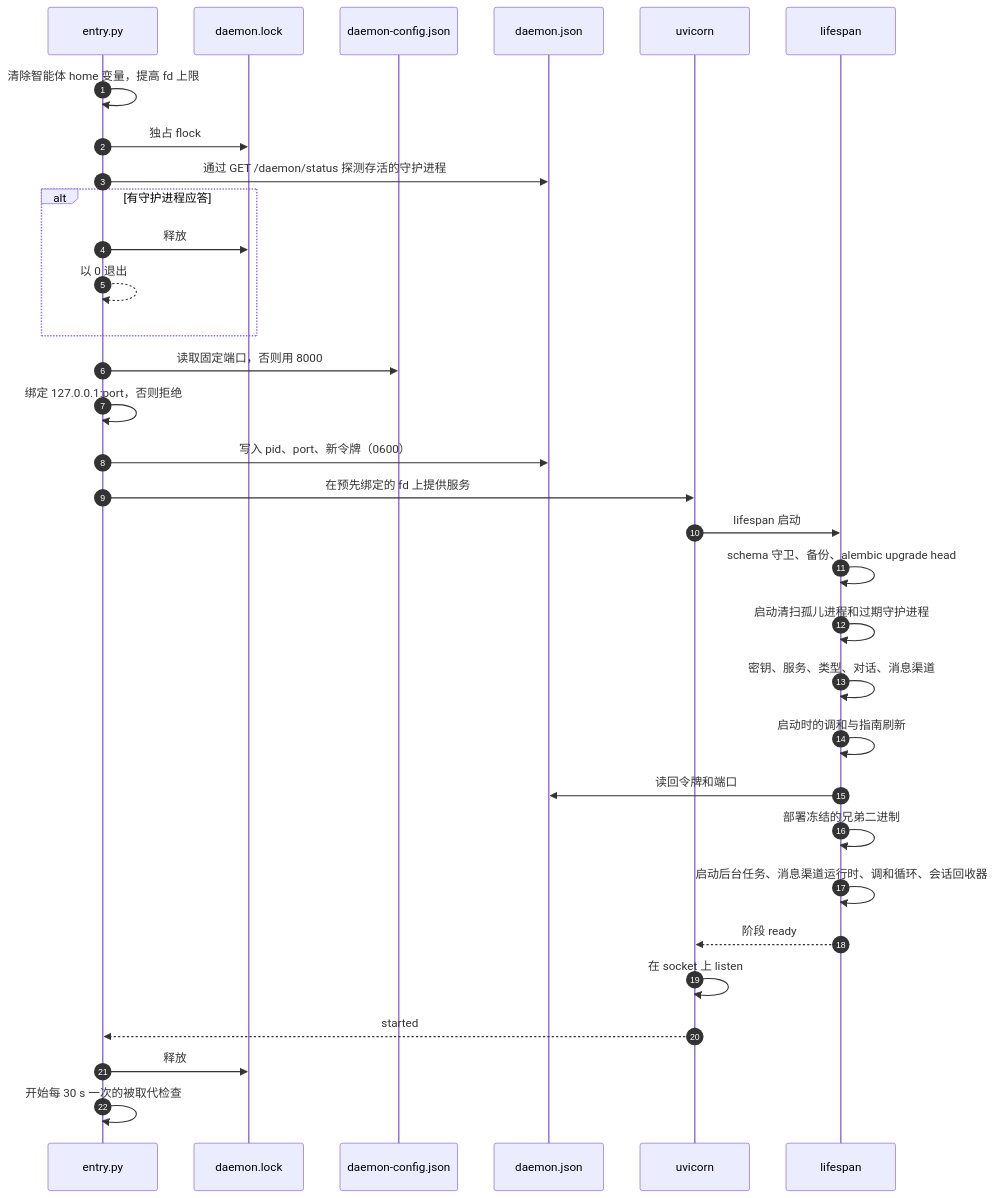
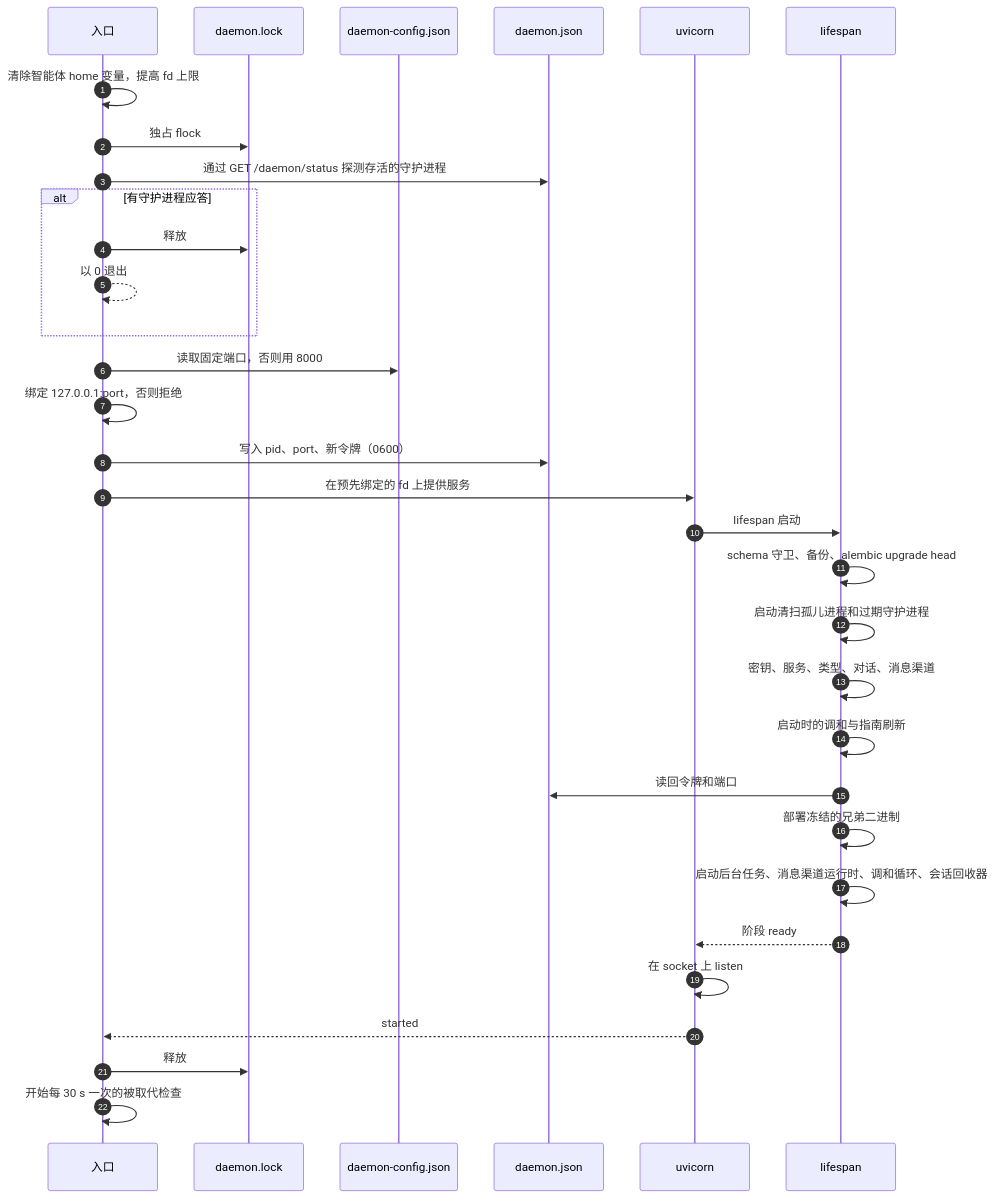
One commit to wyx-sg/Coffer changed the second of 4 diagrams in docs-site/zh/architecture/daemon.md. Above: the diagram before and after it, drawn with Mermaid. The commit also changed other lines of this file and 29 other files, not shown here.

First line of the commit message:
docs(site): explain the architecture in plain terms, without source detail

````diff
--- a/docs-site/zh/architecture/daemon.md
+++ b/docs-site/zh/architecture/daemon.md
@@ -104,34 +104,34 @@
 ```mermaid
 sequenceDiagram
   autonumber
-  participant E as entry.py
+  participant E as 入口
   participant L as daemon.lock
   participant C as daemon-config.json
   participant J as daemon.json
   participant U as uvicorn
   participant A as lifespan
   E->>E: 清除智能体 home 变量，提高 fd 上限
   E->>L: 独占 flock
   E->>J: 通过 GET /daemon/status 探测存活的守护进程
   alt 有守护进程应答
     E->>L: 释放
     E-->>E: 以 0 退出
   end
   E->>C: 读取固定端口，否则用 8000
   E->>E: 绑定 127.0.0.1:port，否则拒绝
   E->>J: 写入 pid、port、新令牌（0600）
   E->>U: 在预先绑定的 fd 上提供服务
   U->>A: lifespan 启动
   A->>A: schema 守卫、备份、alembic upgrade head
   A->>A: 启动清扫孤儿进程和过期守护进程
   A->>A: 密钥、服务、类型、对话、消息渠道
   A->>A: 启动时的调和与指南刷新
   A->>J: 读回令牌和端口
   A->>A: 部署冻结的兄弟二进制
   A->>A: 启动后台任务、消息渠道运行时、调和循环、会话回收器
   A-->>U: 阶段 ready
   U->>U: 在 socket 上 listen
   U-->>E: started
   E->>L: 释放
   E->>E: 开始每 30 s 一次的被取代检查
 ```
````
